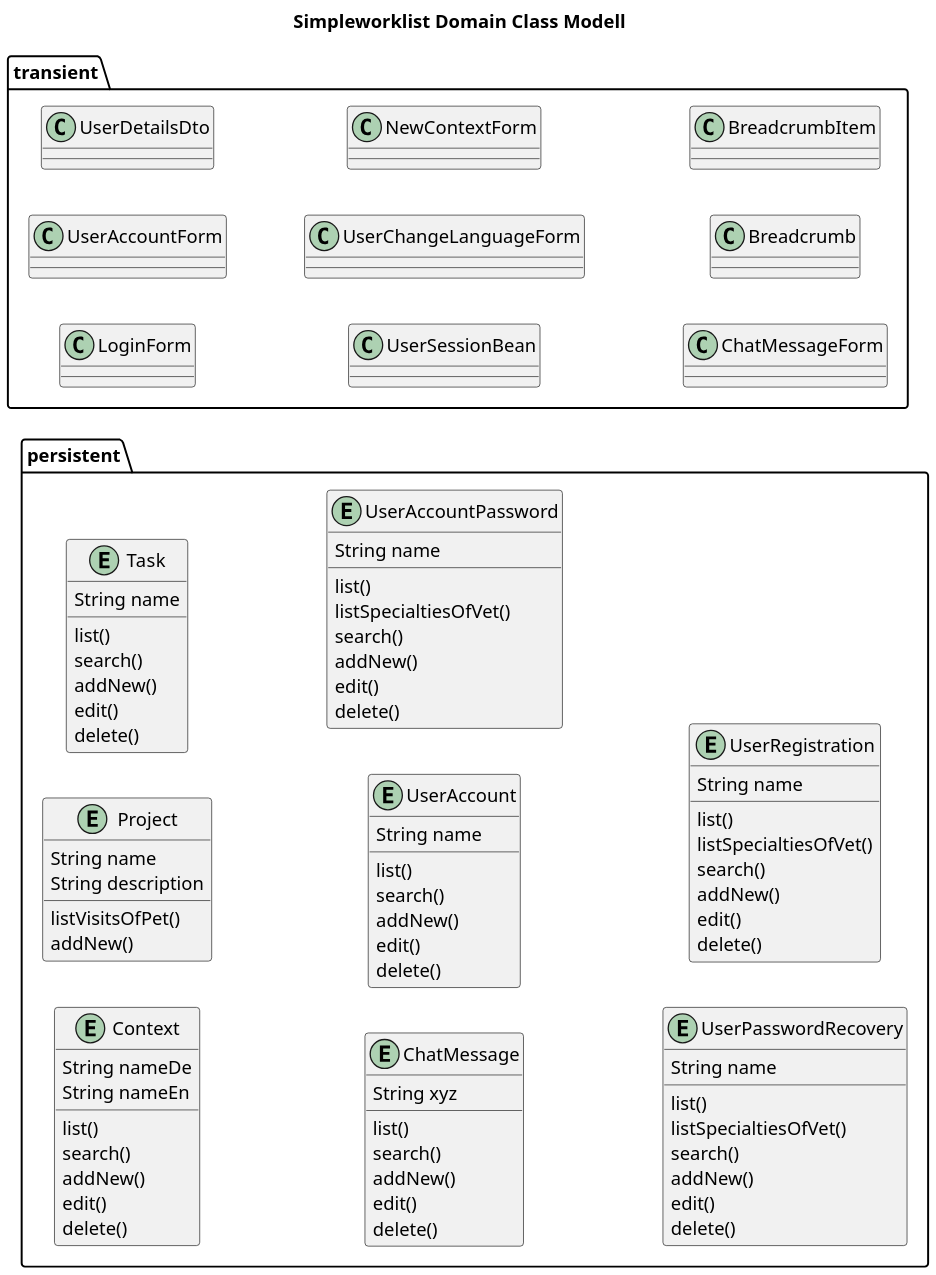
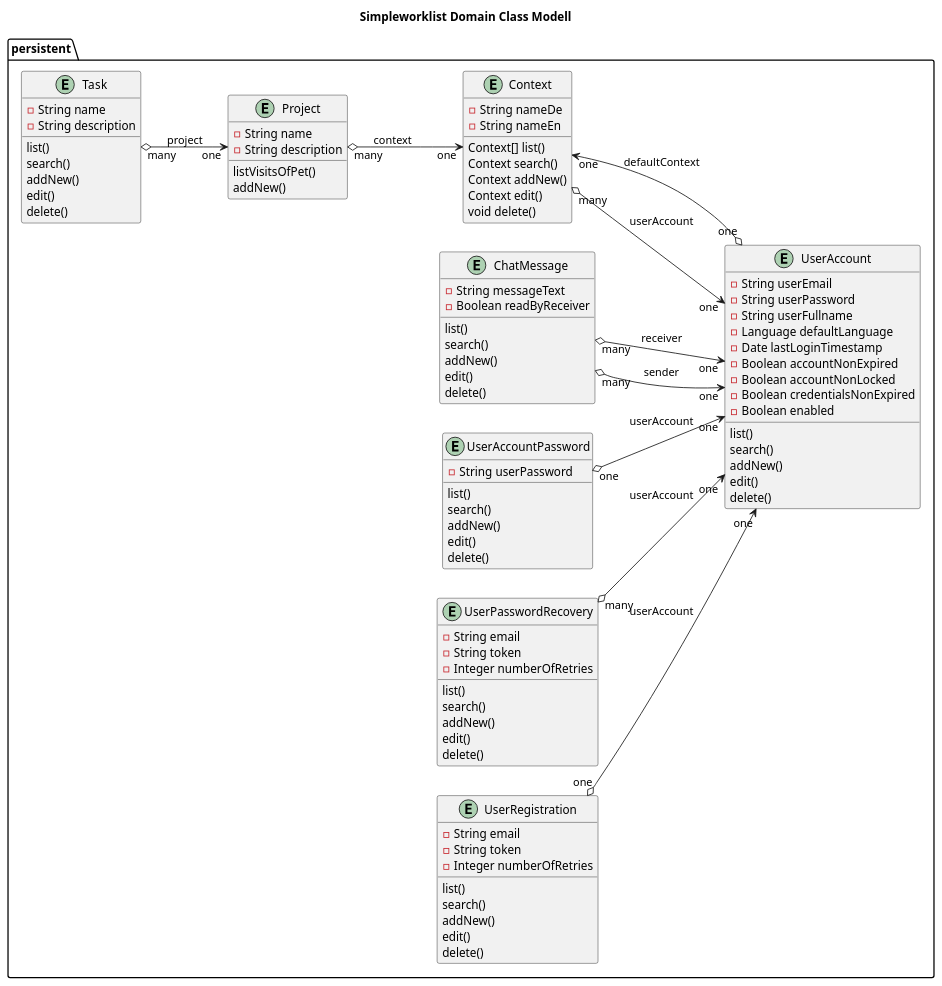
Before and after one commit to Spring-Framework-Java-Apps/simpleworklist: the diagram in src/main/plantuml/Simpleworklist__Domain_Class_Modell.puml, drawn with PlantUML. The commit also changed 1 other file, not shown here.

```diff
--- a/src/main/plantuml/Simpleworklist__Domain_Class_Modell.puml
+++ b/src/main/plantuml/Simpleworklist__Domain_Class_Modell.puml
@@ -1,106 +1,111 @@
 @startuml
 
 
 title Simpleworklist Domain Class Modell
 'https://plantuml.com/class-diagram
 
 left to right direction
 'top to bottom direction
 
 scale 1200 width
 
 package persistent {
 
   entity Context {
-       String nameDe
-       String nameEn
-       list()
-       search()
-       addNew()
-       edit()
-       delete()
+       - String nameDe
+       - String nameEn
+       Context[] list()
+       Context search()
+       Context addNew()
+       Context edit()
+       void delete()
   }
 
   entity Project {
-      String name
-      String description
+      - String name
+      - String description
       listVisitsOfPet()
       addNew()
   }
 
   entity Task {
-      String name
+      - String name
+      - String description
       list()
       search()
       addNew()
       edit()
       delete()
   }
 
   entity ChatMessage {
-      String xyz
+     - String messageText
+     - Boolean readByReceiver
       list()
       search()
       addNew()
       edit()
       delete()
   }
 
   entity UserAccount {
-      String name
+      - String userEmail
+      - String userPassword
+      - String userFullname
+      - Language defaultLanguage
+      - Date lastLoginTimestamp
+      - Boolean accountNonExpired
+      - Boolean accountNonLocked
+      - Boolean credentialsNonExpired
+      - Boolean enabled
       list()
       search()
       addNew()
       edit()
       delete()
   }
 
   entity UserAccountPassword {
-      String name
+      - String userPassword
       list()
-      listSpecialtiesOfVet()
       search()
       addNew()
       edit()
       delete()
   }
 
   entity UserPasswordRecovery {
-      String name
+      - String email
+      - String token
+      - Integer numberOfRetries
       list()
-      listSpecialtiesOfVet()
       search()
       addNew()
       edit()
       delete()
   }
 
   entity UserRegistration {
-      String name
+      - String email
+      - String token
+      - Integer numberOfRetries
       list()
-      listSpecialtiesOfVet()
       search()
       addNew()
       edit()
       delete()
   }
 
-  'Owner "one"  *--> "many"  Pet: pets
-  'Pet "one" *--> "many" Visit: visits
-  'Pet "many"  o-->  "one" PetType: petType
-  'Vet "many" o--> "many" Specialty: specialties
+  Context "many"  o-->  "one" UserAccount: userAccount
+  Project "many"  o-->  "one" Context: context
+  Task "many"  o-->  "one" Project: project
+  ChatMessage "many"  o-->  "one" UserAccount: sender
+  ChatMessage "many"  o-->  "one" UserAccount: receiver
+  UserAccount "one"  o-->  "one" Context: defaultContext
+  UserAccountPassword "one"  o-->  "one" UserAccount: userAccount
+  UserRegistration "one"  o-->  "one" UserAccount: userAccount
+  UserPasswordRecovery "many"  o-->  "one" UserAccount: userAccount
 
 }
 
-package transient {
-  class LoginForm {}
-  class UserAccountForm {}
-  class UserDetailsDto {}
-  class UserSessionBean {}
-  class UserChangeLanguageForm {}
-  class NewContextForm {}
-  class ChatMessageForm {}
-  class Breadcrumb {}
-  class BreadcrumbItem {}
-}
 @enduml
```
